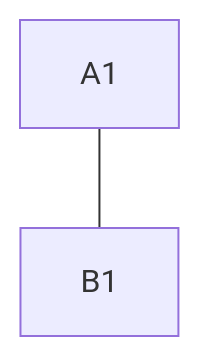
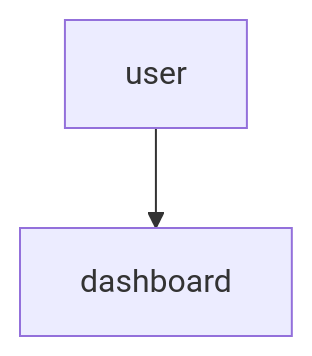
One commit to CrismonicWave-org/.github changed the diagram in README.md. Above: the diagram before and after it, drawn with Mermaid.

````diff
--- a/README.md
+++ b/README.md
@@ -3,7 +3,6 @@
 ```mermaid
-graph TD
+flowchart TB
+   user --> dashboard
 
-A1 --- B1
-
-click dashboard "./README.md#main-github-pages-crismonicwave" _parent
+   click dashboard "./dashboard/README.md" _parent
 ```
````
